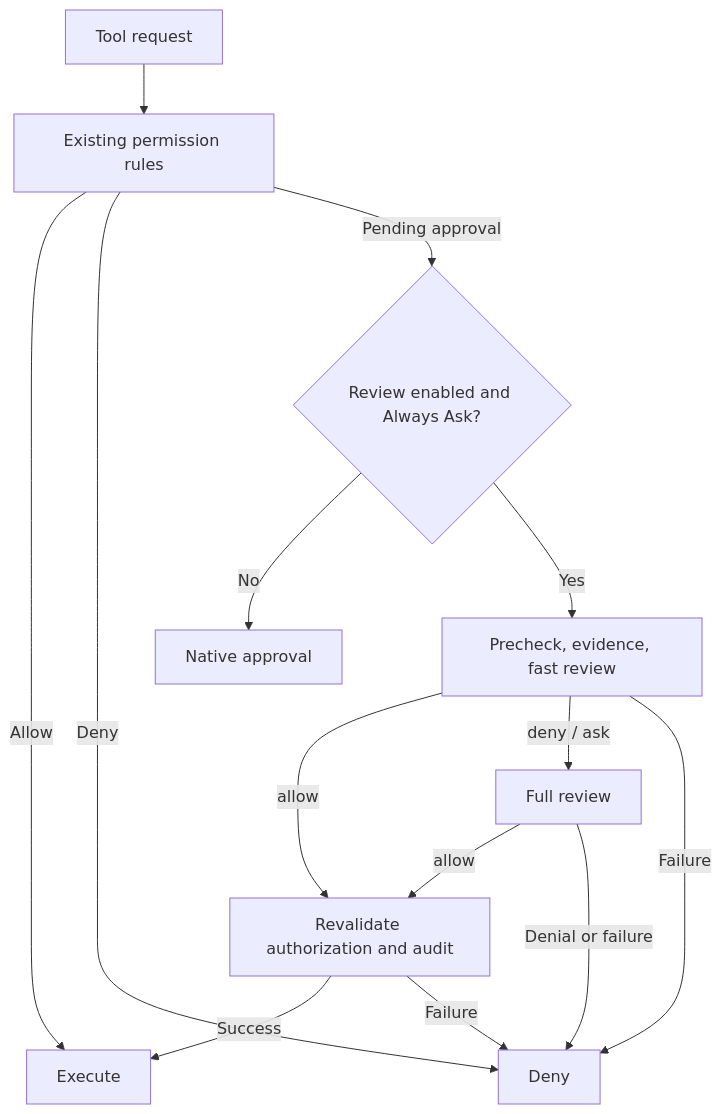
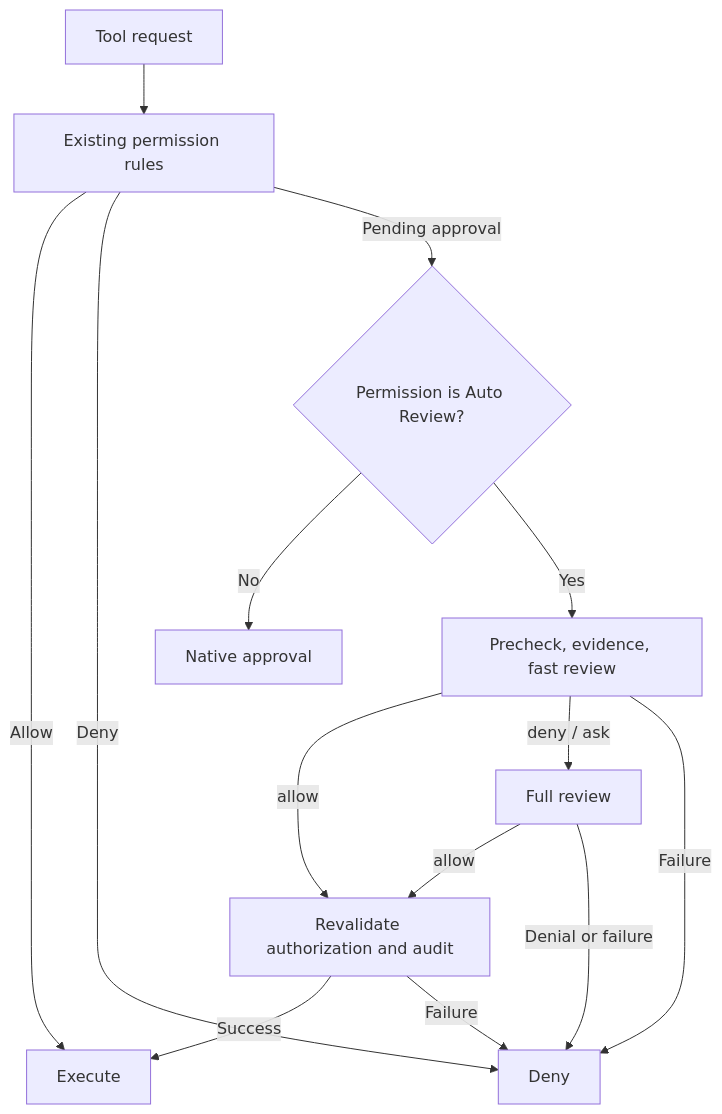
One commit to FrostNovaOrg/AutoKimi changed the diagram in docs/en/architecture.md. Above: the diagram before and after it, drawn with Mermaid. The commit also changed other lines of this file and 42 other files, not shown here.

Commit message:
feat: add native Auto Review permission mode

````diff
--- a/docs/en/architecture.md
+++ b/docs/en/architecture.md
@@ -5,16 +5,16 @@
 ```mermaid
 flowchart TD
   A[Tool request] --> B[Existing permission rules]
   B -->|Allow| X[Execute]
   B -->|Deny| D[Deny]
-  B -->|Pending approval| C{Review enabled and Always Ask?}
+  B -->|Pending approval| C{Permission is Auto Review?}
   C -->|No| H[Native approval]
   C -->|Yes| F[Precheck, evidence, fast review]
   F -->|allow| V[Revalidate authorization and audit]
   F -->|deny / ask| R[Full review]
   R -->|allow| V
   V -->|Success| X
   F -->|Failure| D
   R -->|Denial or failure| D
   V -->|Failure| D
 ```
````
